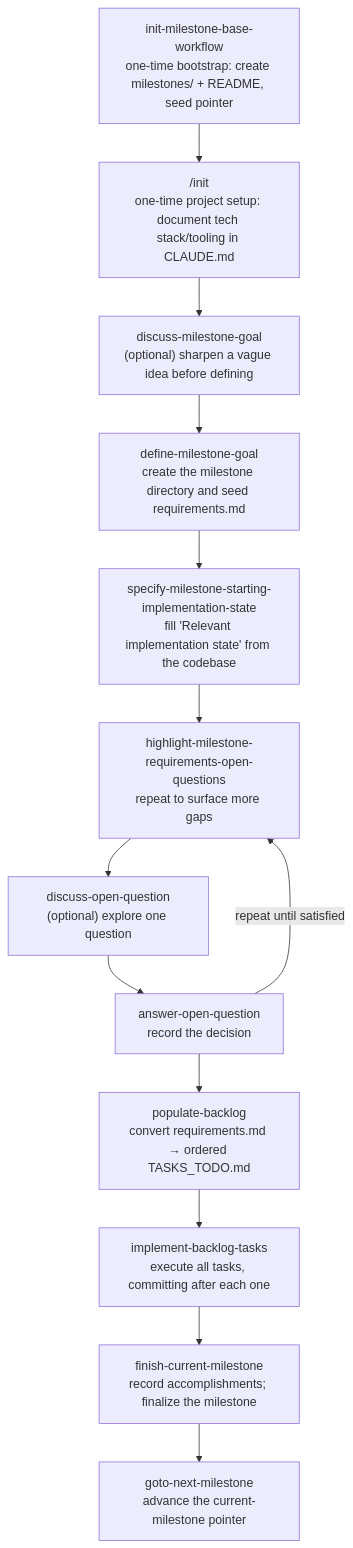
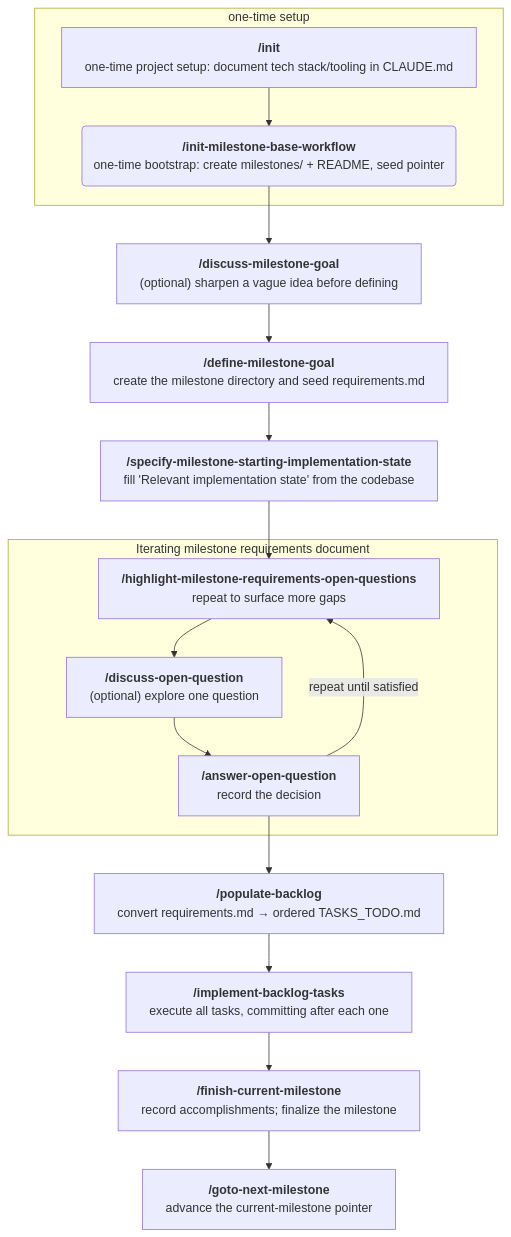
One commit to uHappyLogic/cairn changed the diagram in README.md. Above: the diagram before and after it, drawn with Mermaid.

Commit message:
flow visualization converted to mermaid

````diff
--- a/README.md
+++ b/README.md
@@ -56,20 +56,25 @@
 ```mermaid
+%%{init: {'flowchart': {'wrappingWidth': 9999}}}%%
 flowchart TD
-    A["init-milestone-base-workflow<br/>one-time bootstrap: create milestones/ + README, seed pointer"]
-    B["/init<br/>one-time project setup: document tech stack/tooling in CLAUDE.md"]
-    C["discuss-milestone-goal<br/>(optional) sharpen a vague idea before defining"]
-    D["define-milestone-goal<br/>create the milestone directory and seed requirements.md"]
-    E["specify-milestone-starting-implementation-state<br/>fill 'Relevant implementation state' from the codebase"]
-    F["highlight-milestone-requirements-open-questions<br/>repeat to surface more gaps"]
-    G["discuss-open-question<br/>(optional) explore one question"]
-    H["answer-open-question<br/>record the decision"]
-    I["populate-backlog<br/>convert requirements.md → ordered TASKS_TODO.md"]
-    J["implement-backlog-tasks<br/>execute all tasks, committing after each one"]
-    K["finish-current-milestone<br/>record accomplishments; finalize the milestone"]
-    L["goto-next-milestone<br/>advance the current-milestone pointer"]
+subgraph one-time setup
+    A["<b>/init</b><br/>one-time project setup: document tech stack/tooling in CLAUDE.md"]
+    B("<b>/init-milestone-base-workflow</b><br/>one-time bootstrap: create milestones/ + README, seed pointer")
+end
+    C["<b>/discuss-milestone-goal</b><br/>(optional) sharpen a vague idea before defining"]
+    D["<b>/define-milestone-goal</b><br/>create the milestone directory and seed requirements.md"]
+    E["<b>/specify-milestone-starting-implementation-state</b><br/>fill 'Relevant implementation state' from the codebase"]
+subgraph Iterating milestone requirements document
+    F["<b>/highlight-milestone-requirements-open-questions</b><br/>repeat to surface more gaps"]
+    G["<b>/discuss-open-question</b><br/>(optional) explore one question"]
+    H["<b>/answer-open-question</b><br/>record the decision"]
+end
+    I["<b>/populate-backlog</b><br/>convert requirements.md → ordered TASKS_TODO.md"]
+    J["<b>/implement-backlog-tasks</b><br/>execute all tasks, committing after each one"]
+    K["<b>/finish-current-milestone</b><br/>record accomplishments; finalize the milestone"]
+    L["<b>/goto-next-milestone</b><br/>advance the current-milestone pointer"]
 
     A --> B --> C --> D --> E --> F
     F --> G --> H
     H -->|repeat until satisfied| F
     H --> I --> J --> K --> L
 ```
````
